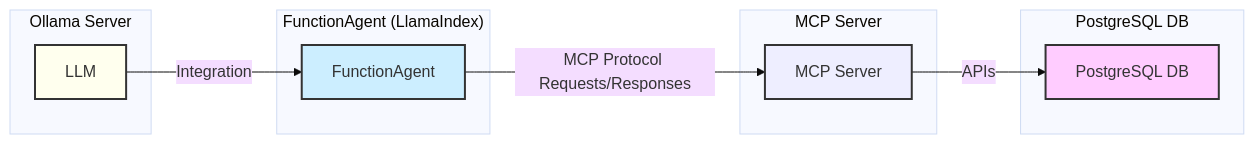
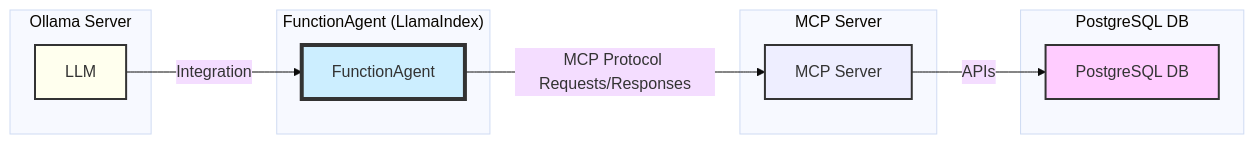
One commit to 00VALAK00/MCP-LLamaIndex-CRUD-Agent changed the diagram in README.md. Above: the diagram before and after it, drawn with Mermaid (base theme).

````diff
--- a/README.md
+++ b/README.md
@@ -15,25 +15,25 @@
 ```mermaid
 flowchart LR
     subgraph UserAgent["FunctionAgent (LlamaIndex)"]
         A[FunctionAgent]
     end
     subgraph MCP["MCP Server"]
         B[MCP Server]
     end
     subgraph Ollama["Ollama Server"]
         C[LLM]
     end
     subgraph DB["PostgreSQL DB"]
         D[PostgreSQL DB]
     end
 
     A -- "MCP Protocol Requests/Responses" --> B
     C -- "Integration" --> A
     B -- "APIs" --> D
   
 
-    style A fill:#cef,stroke:#333,stroke-width:2px
+    style A fill:#cef,stroke:#333,stroke-width:4px
     style B fill:#eef,stroke:#333,stroke-width:2px
     style C fill:#ffe,stroke:#333,stroke-width:2px
     style D fill:#fcf,stroke:#333,stroke-width:2px
 ```
````
